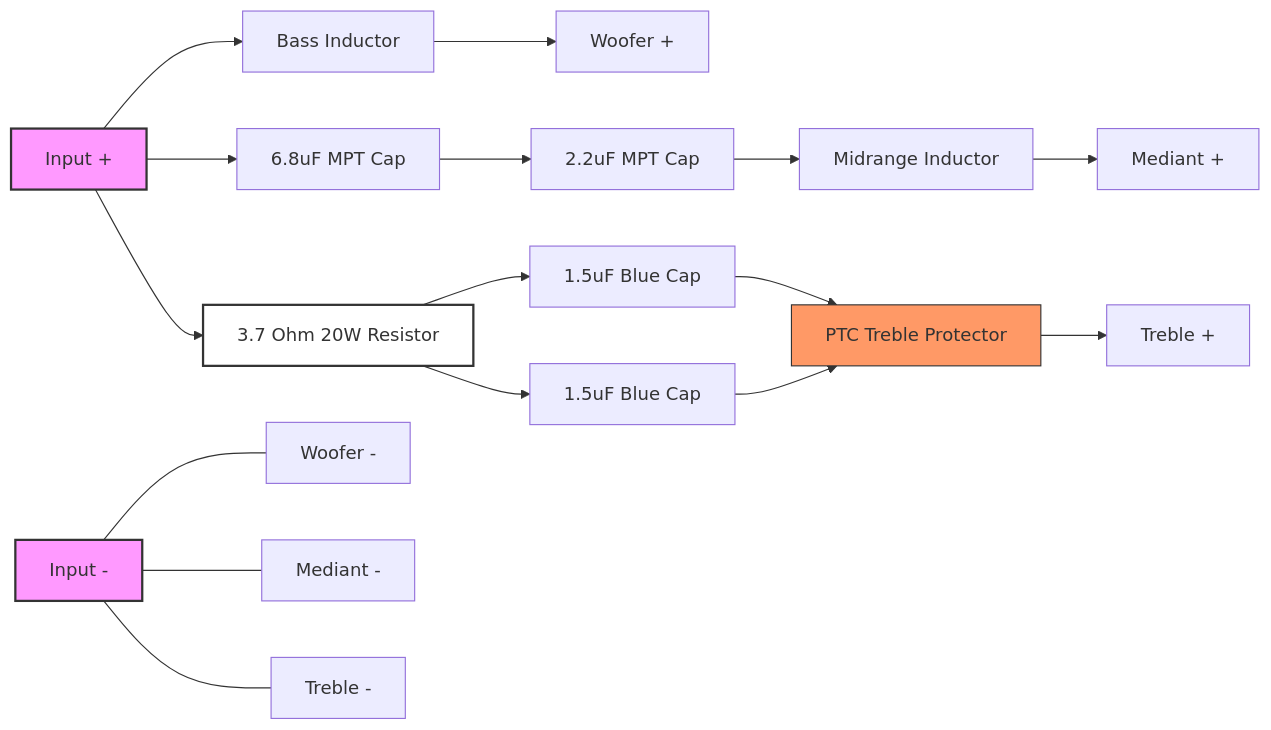
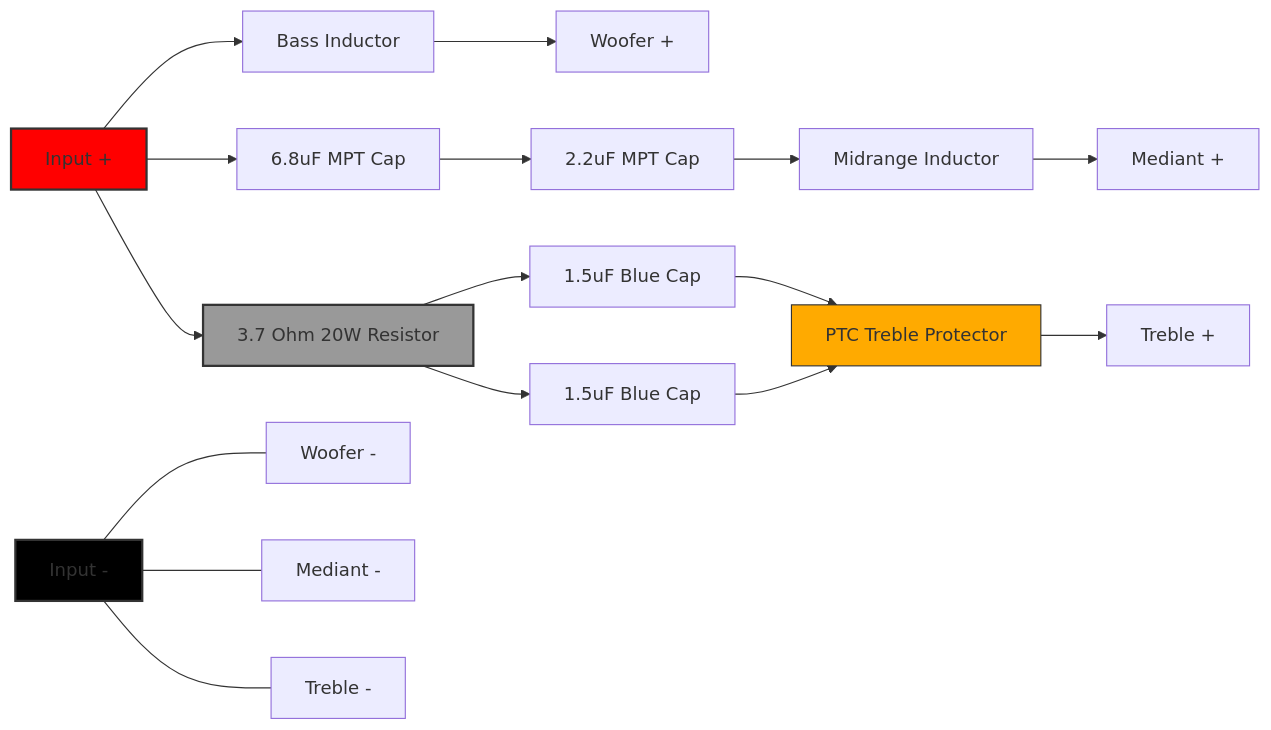
The diagram in crossover/diagram.md (arlo0814/audio-electronics), drawn with Mermaid before and after one commit.

Commit message:
Update styles in diagram.md for better visibility

````diff
--- a/crossover/diagram.md
+++ b/crossover/diagram.md
@@ -1,36 +1,36 @@
 ```mermaid
 
 graph LR
     %% Input Terminals
     IN_P[Input +]
     IN_N[Input -]
 
     %% Bass Section (1st Order Low Pass)
     IN_P --> L_BASS[Bass Inductor]
     L_BASS --> W_P[Woofer +]
 
     %% Midrange Section (Band-Pass)
     IN_P --> C_MID_MAIN[6.8uF MPT Cap]
     C_MID_MAIN --> C_MID_SUB[2.2uF MPT Cap]
     C_MID_SUB --> L_MID[Midrange Inductor]
     L_MID --> M_P[Mediant +]
 
     %% Treble Section (High-Pass with Protection)
     IN_P --> R_ATT[3.7 Ohm 20W Resistor]
     R_ATT --> C_TREB_1[1.5uF Blue Cap]
     R_ATT --> C_TREB_2[1.5uF Blue Cap]
     C_TREB_1 --> PTC[PTC Treble Protector]
     C_TREB_2 --> PTC
     PTC --> T_P[Treble +]
 
     %% Common Ground Rail
     IN_N --- W_N[Woofer -]
     IN_N --- M_N[Mediant -]
     IN_N --- T_N[Treble -]
 
     %% Formatting
-    style IN_P fill:#f9f,stroke:#333,stroke-width:2px
-    style IN_N fill:#f9f,stroke:#333,stroke-width:2px
-    style PTC fill:#f96,stroke:#333
-    style R_ATT fill:#fff,stroke:#333,stroke-width:2px
+    style IN_P fill:#f00,stroke:#333,stroke-width:2px
+    style IN_N fill:#000,stroke:#333,stroke-width:2px
+    style PTC fill:#fa0,stroke:#333
+    style R_ATT fill:#999,stroke:#333,stroke-width:2px
 ```
````
